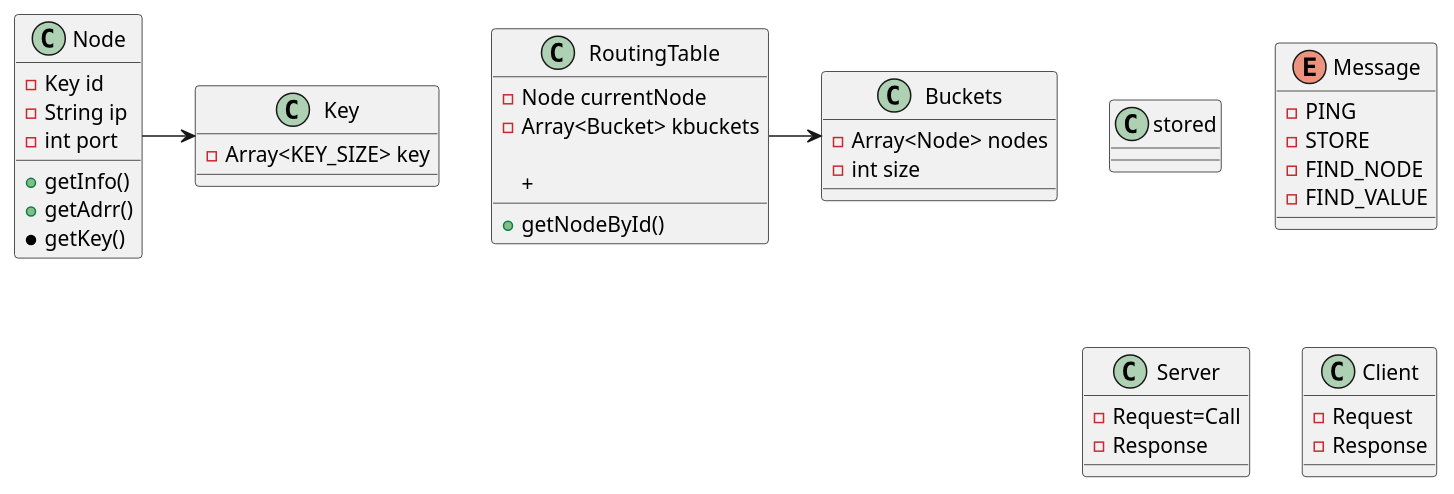
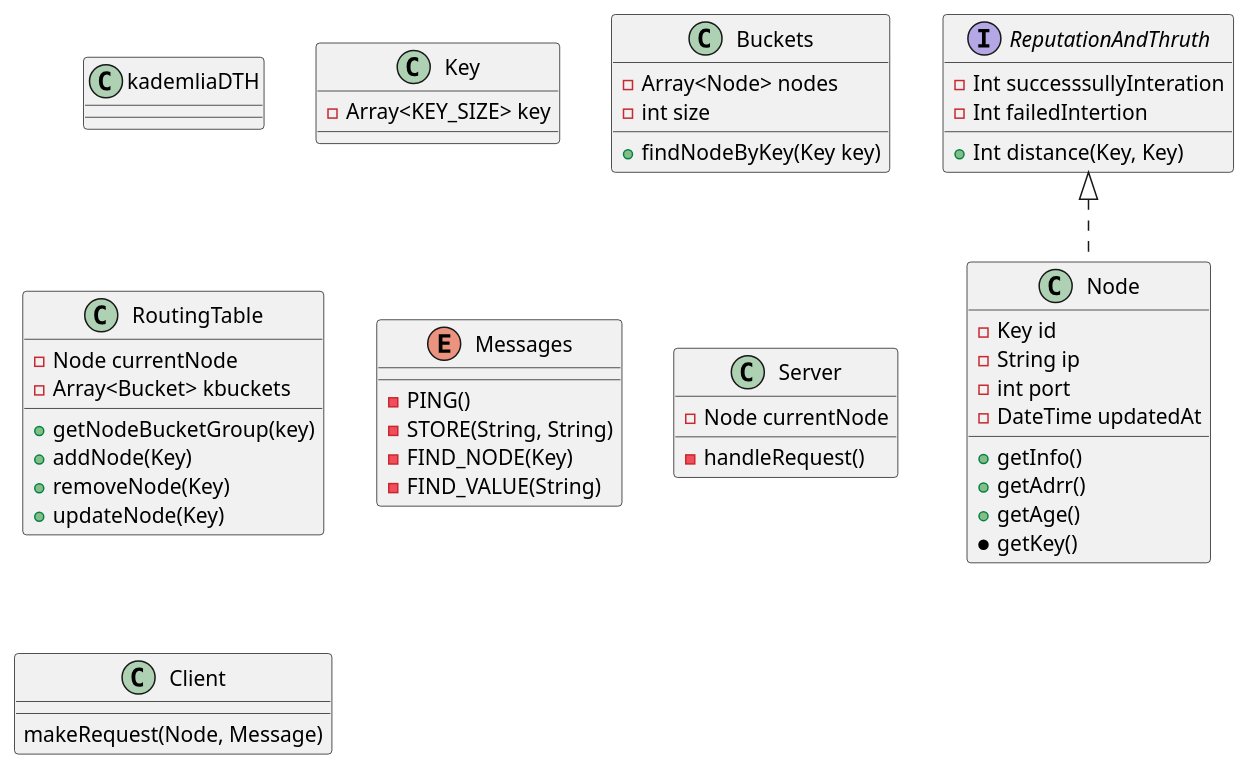
One commit to GoliathHagar/distributed_legder_kademlia changed the diagram in docs/distributed-legder-overview.md. Above: the diagram before and after it, drawn with PlantUML. The commit also changed other lines of this file, not shown here.

Commit message:
docs:Base classes defined

````diff
--- a/docs/distributed-legder-overview.md
+++ b/docs/distributed-legder-overview.md
@@ -7,56 +12,67 @@
 ```plantuml
 @startuml
-  class Node {
+  class kademliaDTH{
+    
+  }
+  class Node implements ReputationAndThruth {
     - Key id
     - String ip
     - int port 
+    - DateTime updatedAt
     
     + getInfo()
     + getAdrr()
+    + getAge()
     * getKey()
+    
   } 
   
   class Key {
     - Array<KEY_SIZE> key
   }
   
   class Buckets{
     - Array<Node> nodes 
     - int size
+    
+    + findNodeByKey(Key key)
   }
   
   class RoutingTable{
    - Node currentNode
    - Array<Bucket> kbuckets
    
-   + getNodeById()
-   + 
+   + getNodeBucketGroup(key)
+   + addNode(Key)
+   + removeNode(Key)
+   + updateNode(Key)
    
   }
   
-  class stored {
+  enum Messages {
+    - PING()
+    - STORE(String, String)
+    - FIND_NODE(Key)
+    - FIND_VALUE(String)
   }
   
-  enum Message {
-    - PING
-    - STORE
-    - FIND_NODE
-    - FIND_VALUE
+  class Server{
+    - Node currentNode
+    - handleRequest()
   }
   
-  class Server {
-    - Request=Call
-    - Response
+  class Client{
+    makeRequest(Node, Message)
   }
   
-  class Client { 
-    - Request
-    - Response
+  interface ReputationAndThruth{
+  - Int successsullyInteration
+  - Int failedIntertion
+  
+  + Int distance(Key, Key)  
   }
   
-  Node -> Key
-  RoutingTable -> Buckets
   
    
 @enduml
 ```
````
